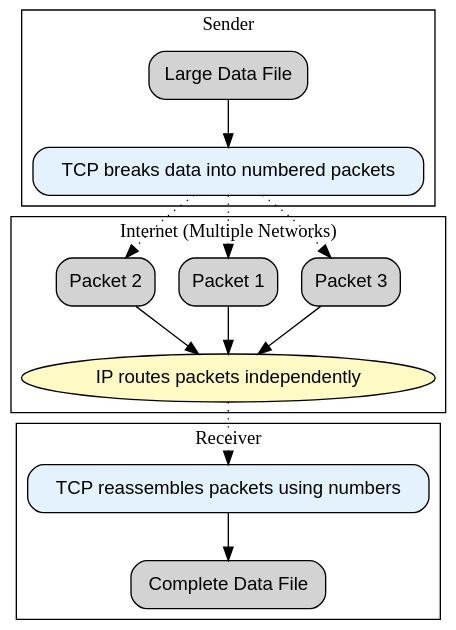
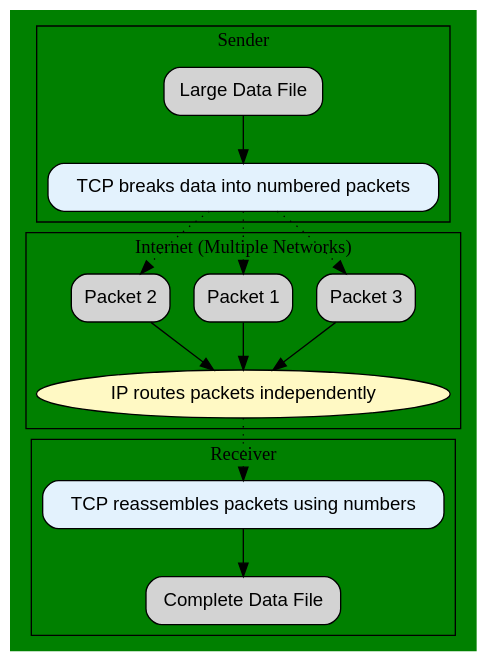
Before and after one commit to CongLeSolutionX/Digital-Bedrock-Landscape: the seventh of 11 diagrams in THE_PAST/The_Architects_of_Tomorrow/The_Architects_of_Tomorrow_Draft_1.md, drawn with Graphviz. The commit also changed other lines of this file, not shown here.

````diff
--- a/THE_PAST/The_Architects_of_Tomorrow/The_Architects_of_Tomorrow_Draft_1.md
+++ b/THE_PAST/The_Architects_of_Tomorrow/The_Architects_of_Tomorrow_Draft_1.md
@@ -344,39 +350,39 @@
 ```dot
 /*
  * title: TCP-IP
  * author: Cong Le
  * version: 1.0
  * license(s): MIT, CC BY-SA 4.0
  * copyright: Copyright © 2025 Cong Le. All Rights Reserved.
  */
 digraph TCP_IP {
     layout=dot
-    bgcolor="transparent";
+    bgcolor="green";
     rankdir=TB;
     node [shape=box, style="rounded,filled", fontname="Helvetica"];
     edge [fontname="Helvetica"];
 
     subgraph cluster_sender {
         label="Sender";
         A [label="Large Data File"];
         B [label="TCP breaks data into numbered packets", fillcolor="#e3f2fd"];
         A -> B;
     }
     subgraph cluster_internet {
         label="Internet (Multiple Networks)";
         P1 [label="Packet 3"]; P2 [label="Packet 1"]; P3 [label="Packet 2"];
         I [label="IP routes packets independently", shape=ellipse, fillcolor="#fff9c4"];
         P1 -> I; P2 -> I; P3 -> I;
     }
     subgraph cluster_receiver {
         label="Receiver";
         C [label="TCP reassembles packets using numbers", fillcolor="#e3f2fd"];
         D [label="Complete Data File"];
         C -> D;
     }
     B -> P2 [style=dotted];
     B -> P3 [style=dotted];
     B -> P1 [style=dotted];
     I -> C [style=dotted];
 }
 ```
````
